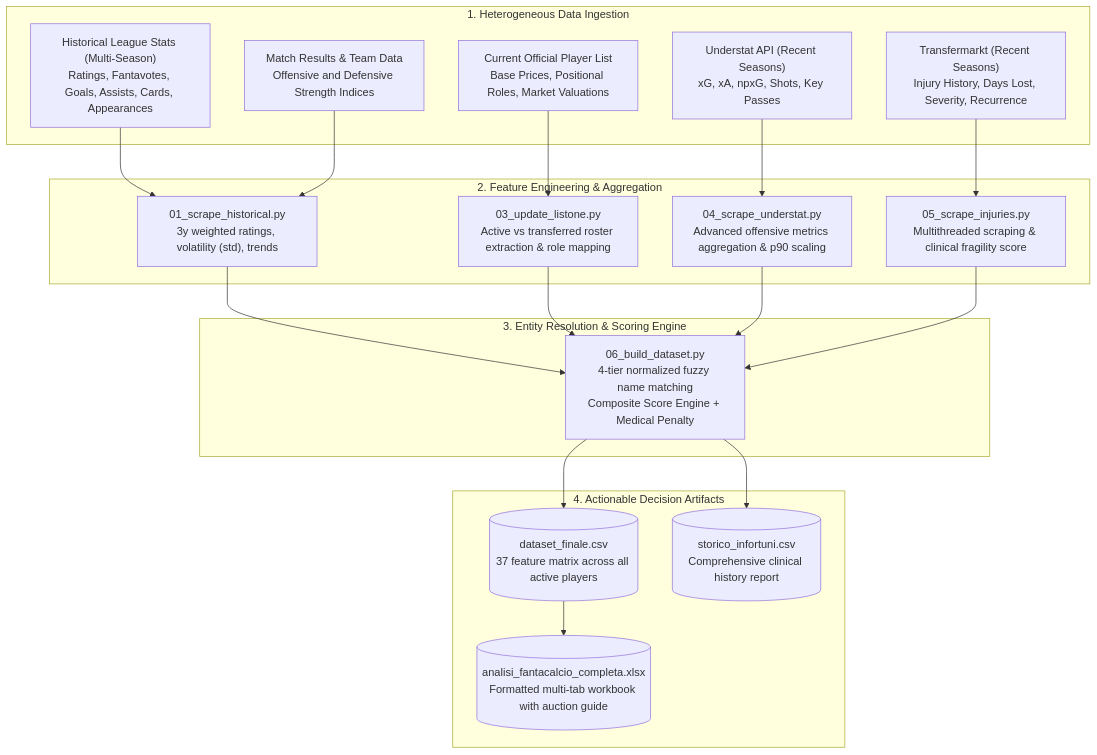
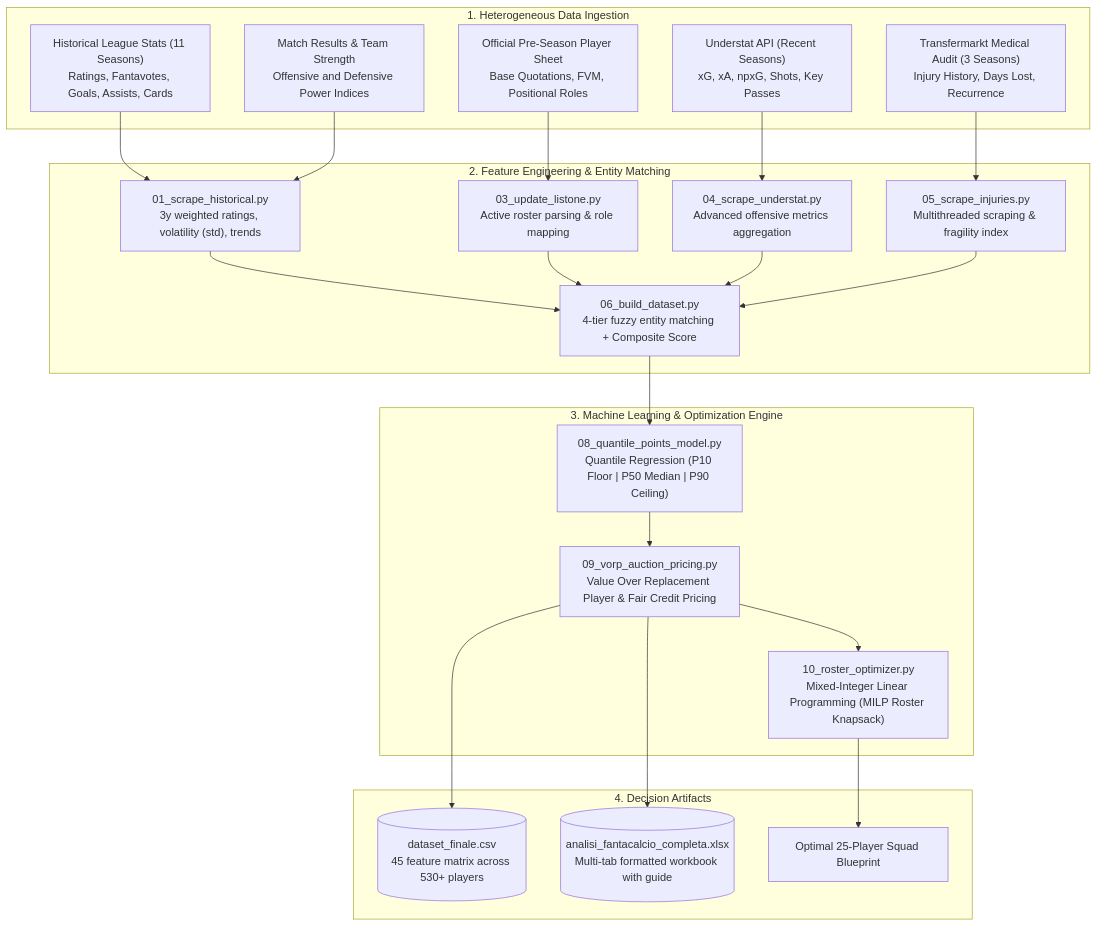
One commit to spectrelabo/fanta-lab changed the first of 3 diagrams in README.md. Above: the diagram before and after it, drawn with Mermaid. The commit also changed other lines of this file and 7 other files, not shown here.

Commit message:
feat(ml): implement Quantile Regression, VORP pricing engine, and MILP knapsack roster optimizer

````diff
--- a/README.md
+++ b/README.md
@@ -36,42 +35,49 @@
 ```mermaid
 flowchart TD
     subgraph Ingestion [1. Heterogeneous Data Ingestion]
-        FC_Hist["Historical League Stats (Multi-Season)<br/>Ratings, Fantavotes, Goals, Assists, Cards, Appearances"]
-        FC_Quot["Current Official Player List<br/>Base Prices, Positional Roles, Market Valuations"]
+        FC_Hist["Historical League Stats (11 Seasons)<br/>Ratings, Fantavotes, Goals, Assists, Cards"]
+        FC_Quot["Official Pre-Season Player Sheet<br/>Base Quotations, FVM, Positional Roles"]
         US["Understat API (Recent Seasons)<br/>xG, xA, npxG, Shots, Key Passes"]
-        TM["Transfermarkt (Recent Seasons)<br/>Injury History, Days Lost, Severity, Recurrence"]
-        FD["Match Results & Team Data<br/>Offensive and Defensive Strength Indices"]
+        TM["Transfermarkt Medical Audit (3 Seasons)<br/>Injury History, Days Lost, Recurrence"]
+        FD["Match Results & Team Strength<br/>Offensive and Defensive Power Indices"]
     end
 
-    subgraph Processing [2. Feature Engineering & Aggregation]
+    subgraph FeatureEng [2. Feature Engineering & Entity Matching]
         P1["01_scrape_historical.py<br/>3y weighted ratings, volatility (std), trends"]
-        P2["03_update_listone.py<br/>Active vs transferred roster extraction & role mapping"]
-        P3["04_scrape_understat.py<br/>Advanced offensive metrics aggregation & p90 scaling"]
-        P4["05_scrape_injuries.py<br/>Multithreaded scraping & clinical fragility score"]
+        P2["03_update_listone.py<br/>Active roster parsing & role mapping"]
+        P3["04_scrape_understat.py<br/>Advanced offensive metrics aggregation"]
+        P4["05_scrape_injuries.py<br/>Multithreaded scraping & fragility index"]
+        P5["06_build_dataset.py<br/>4-tier fuzzy entity matching + Composite Score"]
     end
 
-    subgraph Fusion [3. Entity Resolution & Scoring Engine]
-        P5["06_build_dataset.py<br/>4-tier normalized fuzzy name matching<br/>Composite Score Engine + Medical Penalty"]
+    subgraph MachineLearning [3. Machine Learning & Optimization Engine]
+        P8["08_quantile_points_model.py<br/>Quantile Regression (P10 Floor | P50 Median | P90 Ceiling)"]
+        P9["09_vorp_auction_pricing.py<br/>Value Over Replacement Player & Fair Credit Pricing"]
+        P10["10_roster_optimizer.py<br/>Mixed-Integer Linear Programming (MILP Roster Knapsack)"]
     end
 
-    subgraph Output [4. Actionable Decision Artifacts]
-        CSV[("dataset_finale.csv<br/>37 feature matrix across all active players")]
-        XLSX[("analisi_fantacalcio_completa.xlsx<br/>Formatted multi-tab workbook with auction guide")]
-        INJ[("storico_infortuni.csv<br/>Comprehensive clinical history report")]
+    subgraph Artifacts [4. Decision Artifacts]
+        CSV[("dataset_finale.csv<br/>45 feature matrix across 530+ players")]
+        XLSX[("analisi_fantacalcio_completa.xlsx<br/>Multi-tab formatted workbook with guide")]
+        ROSTER["Optimal 25-Player Squad Blueprint"]
     end
 
     FC_Hist --> P1
     FD --> P1
     FC_Quot --> P2
     US --> P3
     TM --> P4
 
     P1 --> P5
     P2 --> P5
     P3 --> P5
     P4 --> P5
 
-    P5 --> CSV
-    P5 --> INJ
-    CSV --> XLSX
+    P5 --> P8
+    P8 --> P9
+    P9 --> P10
+
+    P9 --> CSV
+    P9 --> XLSX
+    P10 --> ROSTER
 ```
````
